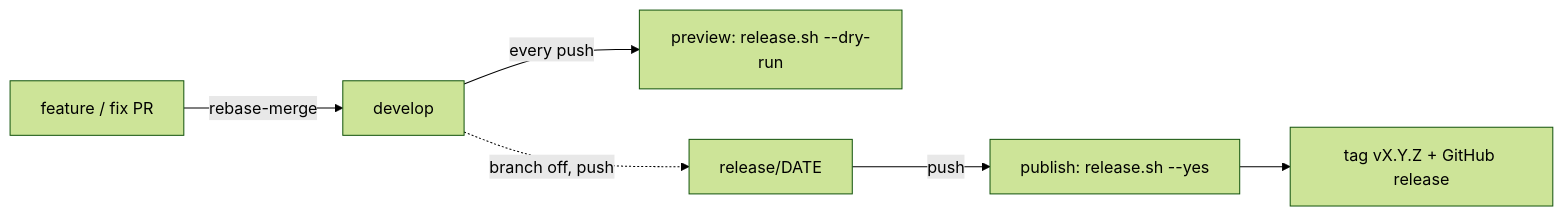
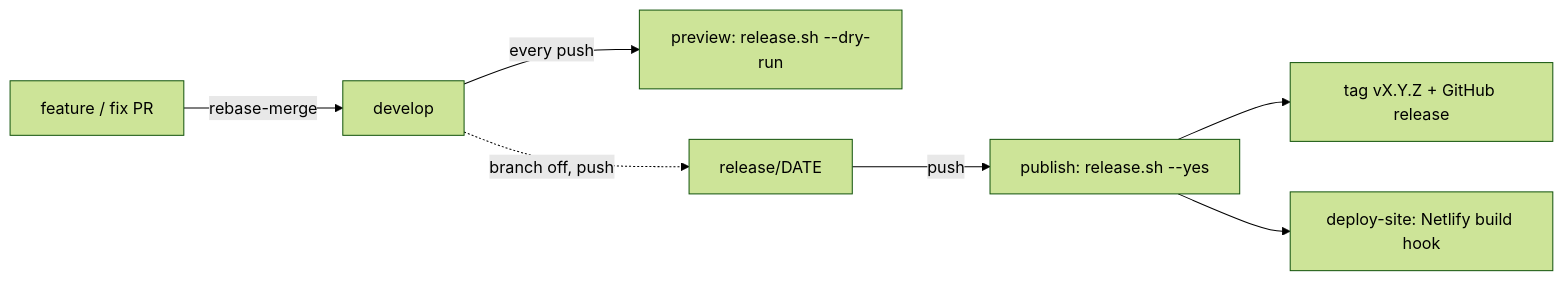
One commit to JeremieLitzler/transcript-cleaner-webapp changed the diagram in README.md. Above: the diagram before and after it, drawn with Mermaid (forest theme). The commit also changed other lines of this file and 3 other files, not shown here.

First line of the commit message:
ci(deploy): build production only from the release build hook (#84, #86)

````diff
--- a/README.md
+++ b/README.md
@@ -54,8 +54,9 @@
 ```mermaid
 flowchart LR
   PR["feature / fix PR"] -->|rebase-merge| dev["develop"]
   dev -->|every push| prev["preview: release.sh --dry-run"]
   dev -.->|"branch off, push"| rel["release/DATE"]
   rel -->|push| pub["publish: release.sh --yes"]
   pub --> out["tag vX.Y.Z + GitHub release"]
+  pub --> site["deploy-site: Netlify build hook"]
 ```
````
